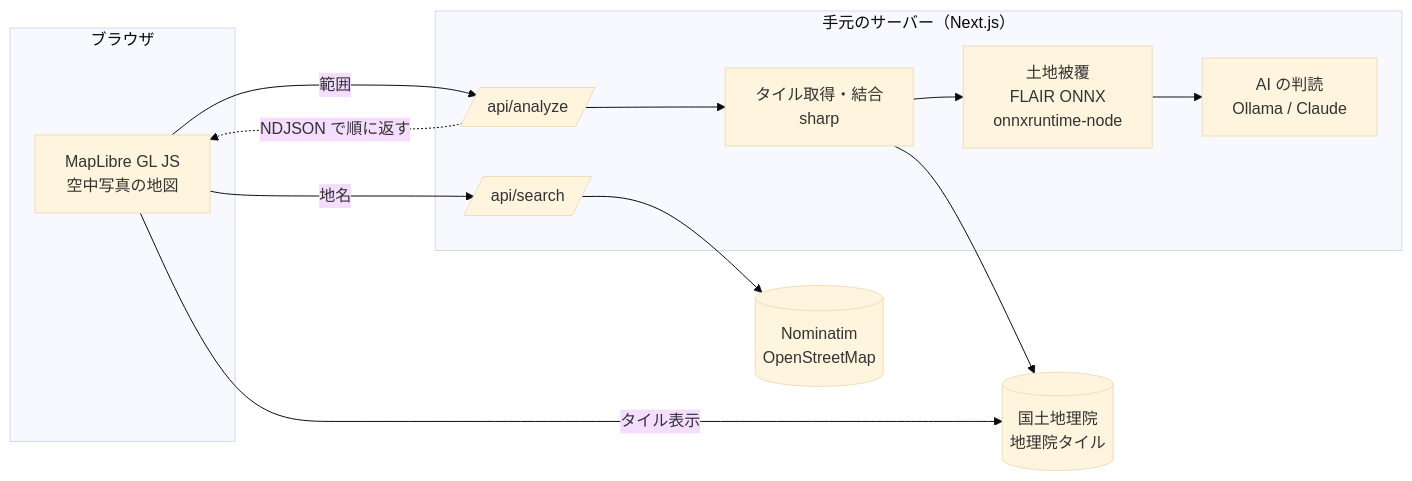
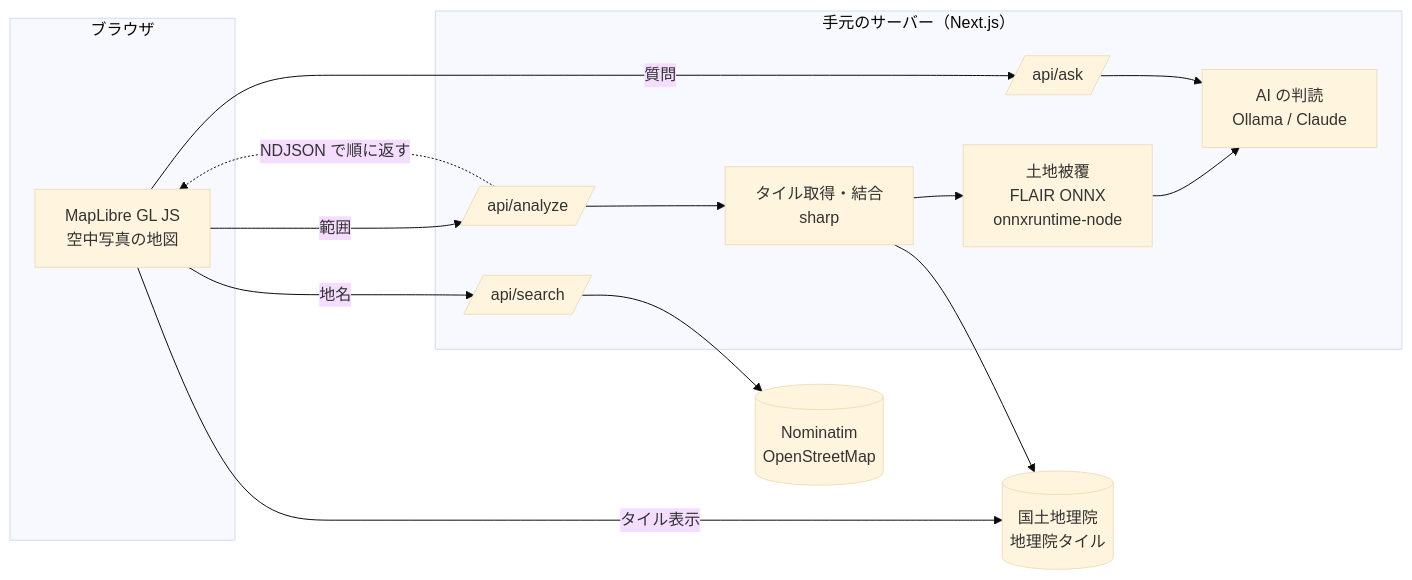
Before and after one commit to habe1111/sat-ai-vision: the diagram in README.md, drawn with Mermaid (base theme). The commit also changed other lines of this file and 19 other files, not shown here.

````diff
--- a/README.md
+++ b/README.md
@@ -32,20 +38,22 @@
 ```mermaid
 flowchart LR
   subgraph Browser[ブラウザ]
     Map[MapLibre GL JS<br/>空中写真の地図]
   end
   subgraph Local[手元のサーバー（Next.js）]
     Search[/api/search/]
     Analyze[/api/analyze/]
+    Ask[/api/ask/]
     Tiles[タイル取得・結合<br/>sharp]
     Flair[土地被覆<br/>FLAIR ONNX<br/>onnxruntime-node]
     VLM[AI の判読<br/>Ollama / Claude]
   end
   GSI[(国土地理院<br/>地理院タイル)]
   OSM[(Nominatim<br/>OpenStreetMap)]
   Map -- タイル表示 --> GSI
   Map -- 地名 --> Search --> OSM
   Map -- 範囲 --> Analyze --> Tiles --> GSI
   Tiles --> Flair --> VLM
   Analyze -. NDJSON で順に返す .-> Map
+  Map -- 質問 --> Ask --> VLM
 ```
````
